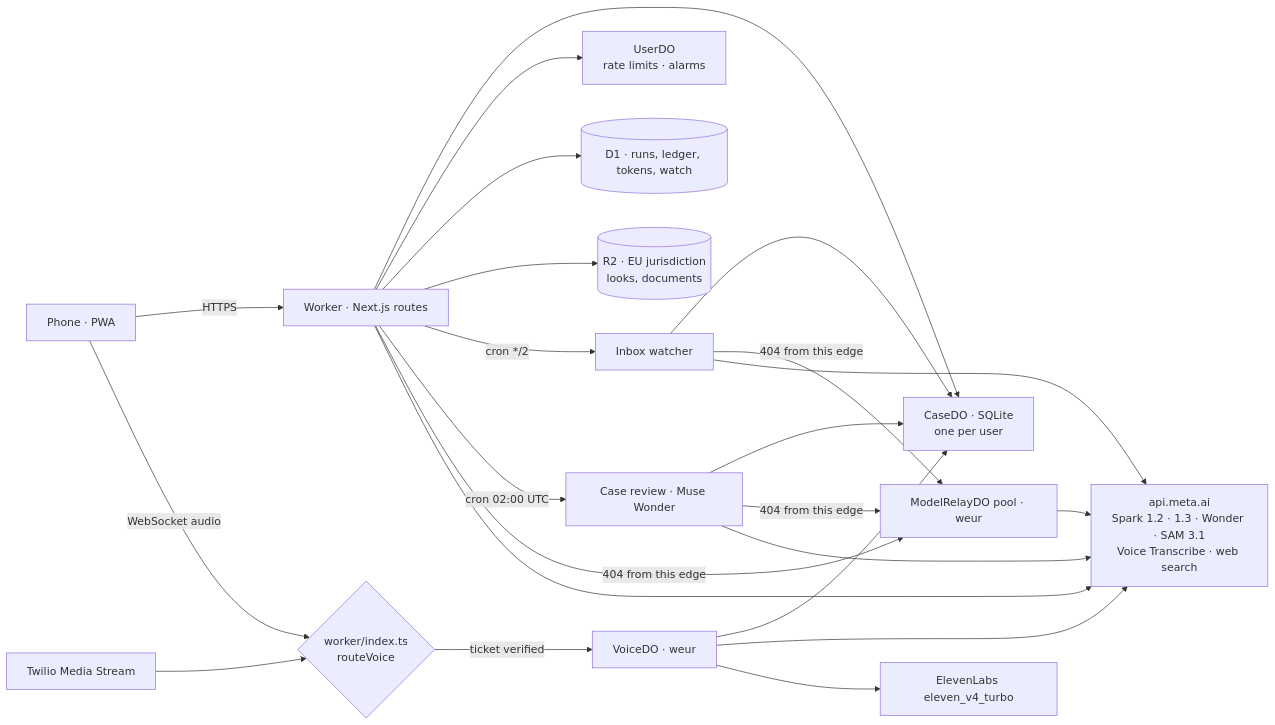
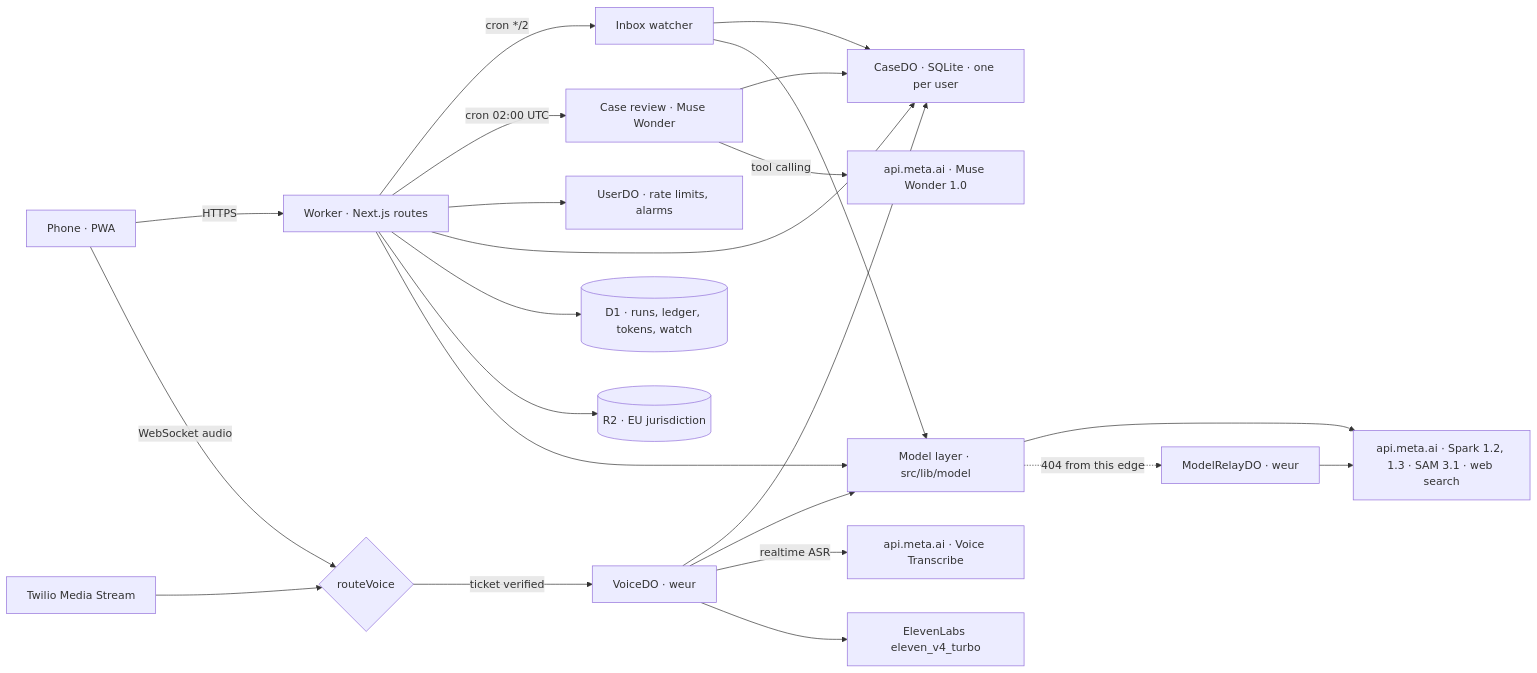
Before and after one commit to gabrielantonyxaviour/dossierly-meta: the first of 4 diagrams in docs/architecture.md, drawn with Mermaid. The commit also changed other lines of this file, not shown here.

Commit message:
docs/architecture.md: topology diagram routed through the model layer (fewer crossings); intro states which paths use runModel
Claude-Session: https://claude.ai/code/session_01KF8iuGKKETxmmcQV3yKeVv

````diff
--- a/docs/architecture.md
+++ b/docs/architecture.md
@@ -5,17 +5,19 @@
 ```mermaid
 flowchart LR
   P[Phone · PWA] -- HTTPS --> W[Worker · Next.js routes]
-  P -- WebSocket audio --> R{worker/index.ts<br/>routeVoice}
+  P -- WebSocket audio --> R{routeVoice}
   T[Twilio Media Stream] --> R
   R -- ticket verified --> V[VoiceDO · weur]
-  W --> C[CaseDO · SQLite<br/>one per user]
-  W --> U[UserDO<br/>rate limits · alarms]
-  V --> C
+  W -- "cron */2" --> G[Inbox watcher]
+  W -- "cron 02:00 UTC" --> S[Case review · Muse Wonder]
+  W --> U[UserDO · rate limits, alarms]
+  W & V & G & S --> C[CaseDO · SQLite · one per user]
   W --> D[(D1 · runs, ledger, tokens, watch)]
-  W --> B[(R2 · EU jurisdiction<br/>looks, documents)]
-  W -- "cron */2" --> G[Inbox watcher] --> C
-  W -- "cron 02:00 UTC" --> S[Case review · Muse Wonder] --> C
-  W & G & S -- 404 from this edge --> X[ModelRelayDO pool · weur]
-  W & V & G & S & X --> M[api.meta.ai<br/>Spark 1.2 · 1.3 · Wonder · SAM 3.1<br/>Voice Transcribe · web search]
+  W --> B[(R2 · EU jurisdiction)]
+  W & G & V --> L[Model layer · src/lib/model]
+  L --> M[api.meta.ai · Spark 1.2, 1.3 · SAM 3.1 · web search]
+  L -. 404 from this edge .-> X[ModelRelayDO · weur] --> M
+  S -- tool calling --> M2[api.meta.ai · Muse Wonder 1.0]
+  V -- realtime ASR --> M3[api.meta.ai · Voice Transcribe]
   V --> E[ElevenLabs eleven_v4_turbo]
 ```
````
